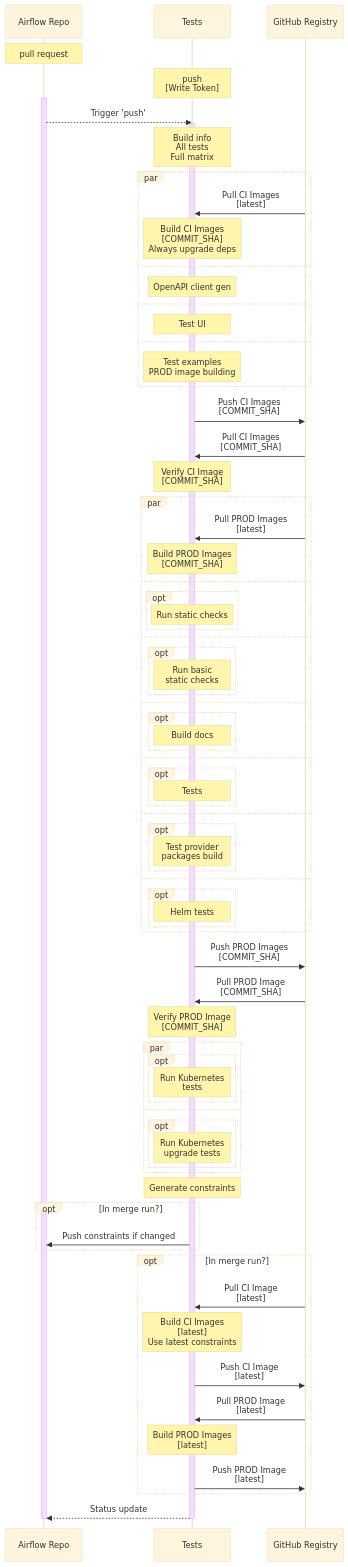
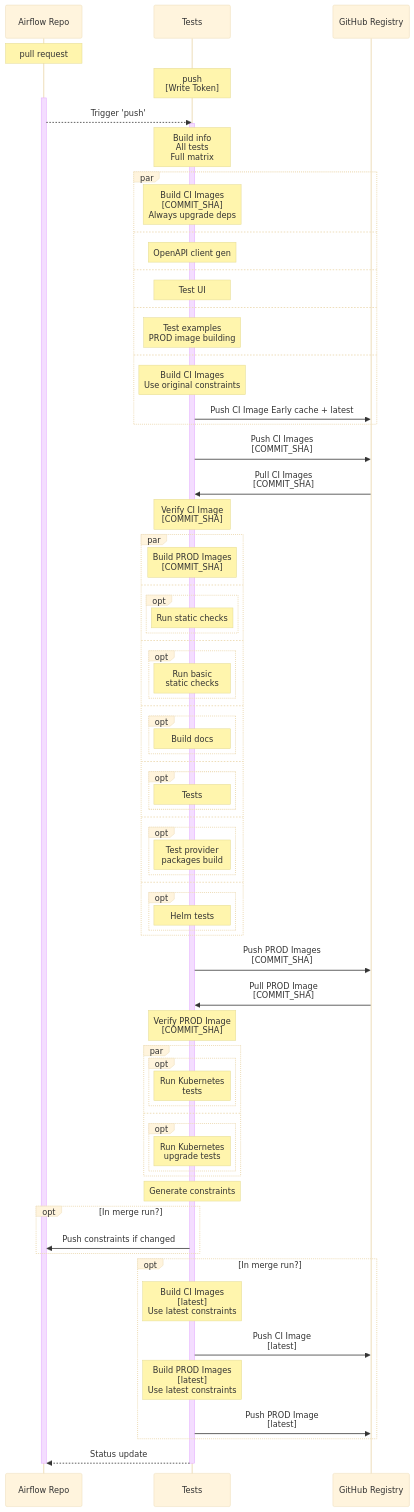
Before and after one commit to GoogleCloudPlatform/composer-airflow: the third of 4 diagrams in CI_DIAGRAMS.md, drawn with Mermaid (base theme). The commit also changed other lines of this file and 2 other files, not shown here.

First line of the commit message:
Enable pushing early image cache to ghcr.io registry (#26119)

````diff
--- a/CI_DIAGRAMS.md
+++ b/CI_DIAGRAMS.md
@@ -186,77 +183,76 @@
 ```mermaid
 sequenceDiagram
     Note over Airflow Repo: pull request
     Note over Tests: push<br>[Write Token]
     activate Airflow Repo
     Airflow Repo -->> Tests: Trigger 'push'
     activate Tests
     Note over Tests: Build info<br>All tests<br>Full matrix
     par
-        GitHub Registry ->> Tests: Pull CI Images<br>[latest]
         Note over Tests: Build CI Images<br>[COMMIT_SHA]<br>Always upgrade deps
     and
         Note over Tests: OpenAPI client gen
     and
         Note over Tests: Test UI
     and
         Note over Tests: Test examples<br>PROD image building
+    and
+        Note over Tests: Build CI Images<br>Use original constraints
+        Tests ->> GitHub Registry: Push CI Image Early cache + latest
     end
     Tests ->> GitHub Registry: Push CI Images<br>[COMMIT_SHA]
     GitHub Registry ->> Tests: Pull CI Images<br>[COMMIT_SHA]
     Note over Tests: Verify CI Image<br>[COMMIT_SHA]
     par
-        GitHub Registry ->> Tests: Pull PROD Images<br>[latest]
         Note over Tests: Build PROD Images<br>[COMMIT_SHA]
     and
         opt
             Note over Tests: Run static checks
         end
     and
         opt
             Note over Tests: Run basic <br>static checks
         end
     and
         opt
             Note over Tests: Build docs
         end
     and
         opt
             Note over Tests: Tests
         end
     and
         opt
             Note over Tests: Test provider <br>packages build
         end
     and
         opt
             Note over Tests: Helm tests
         end
     end
     Tests ->> GitHub Registry: Push PROD Images<br>[COMMIT_SHA]
     GitHub Registry ->> Tests: Pull PROD Image<br>[COMMIT_SHA]
     Note over Tests: Verify PROD Image<br>[COMMIT_SHA]
     par
         opt
             Note over Tests: Run Kubernetes <br>tests
         end
     and
         opt
             Note over Tests: Run Kubernetes <br>upgrade tests
         end
     end
     Note over Tests: Generate constraints
     opt In merge run?
         Tests ->> Airflow Repo: Push constraints if changed
     end
     opt In merge run?
-        GitHub Registry ->> Tests: Pull CI Image<br>[latest]
         Note over Tests: Build CI Images<br>[latest]<br>Use latest constraints
         Tests ->> GitHub Registry: Push CI Image<br>[latest]
-        GitHub Registry ->> Tests: Pull PROD Image<br>[latest]
-        Note over Tests: Build PROD Images<br>[latest]
+        Note over Tests: Build PROD Images<br>[latest]<br>Use latest constraints
         Tests ->> GitHub Registry: Push PROD Image<br>[latest]
     end
     Tests -->> Airflow Repo: Status update
     deactivate Airflow Repo
     deactivate Tests
 ```
````
